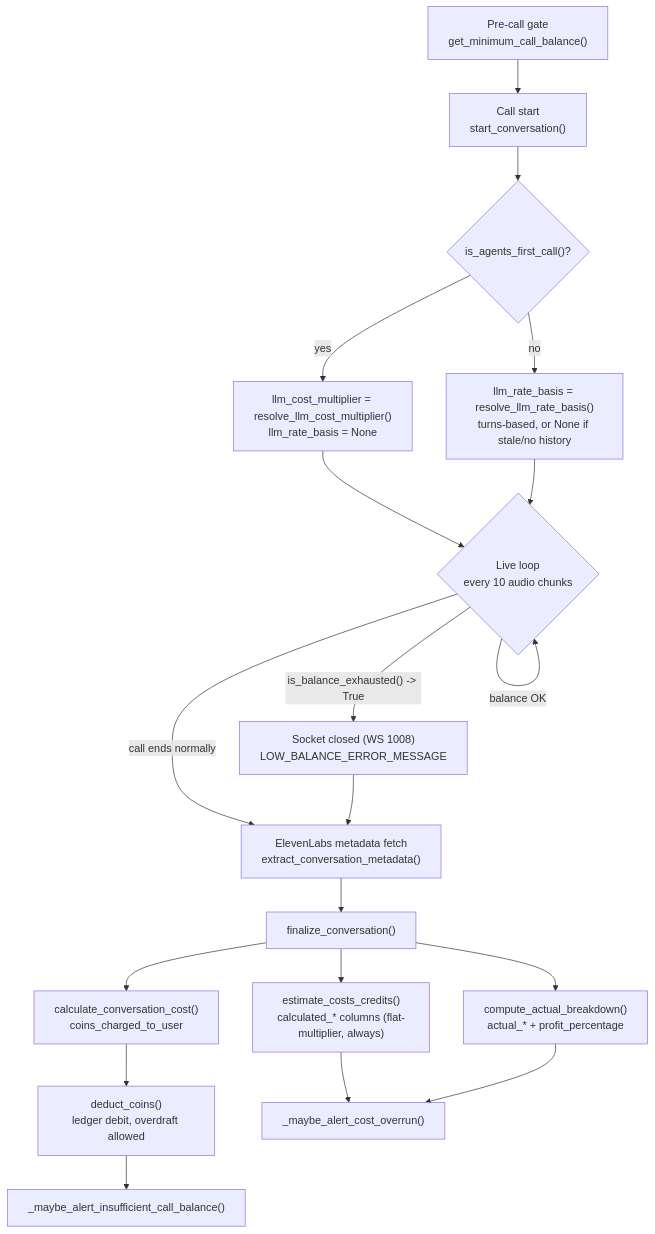
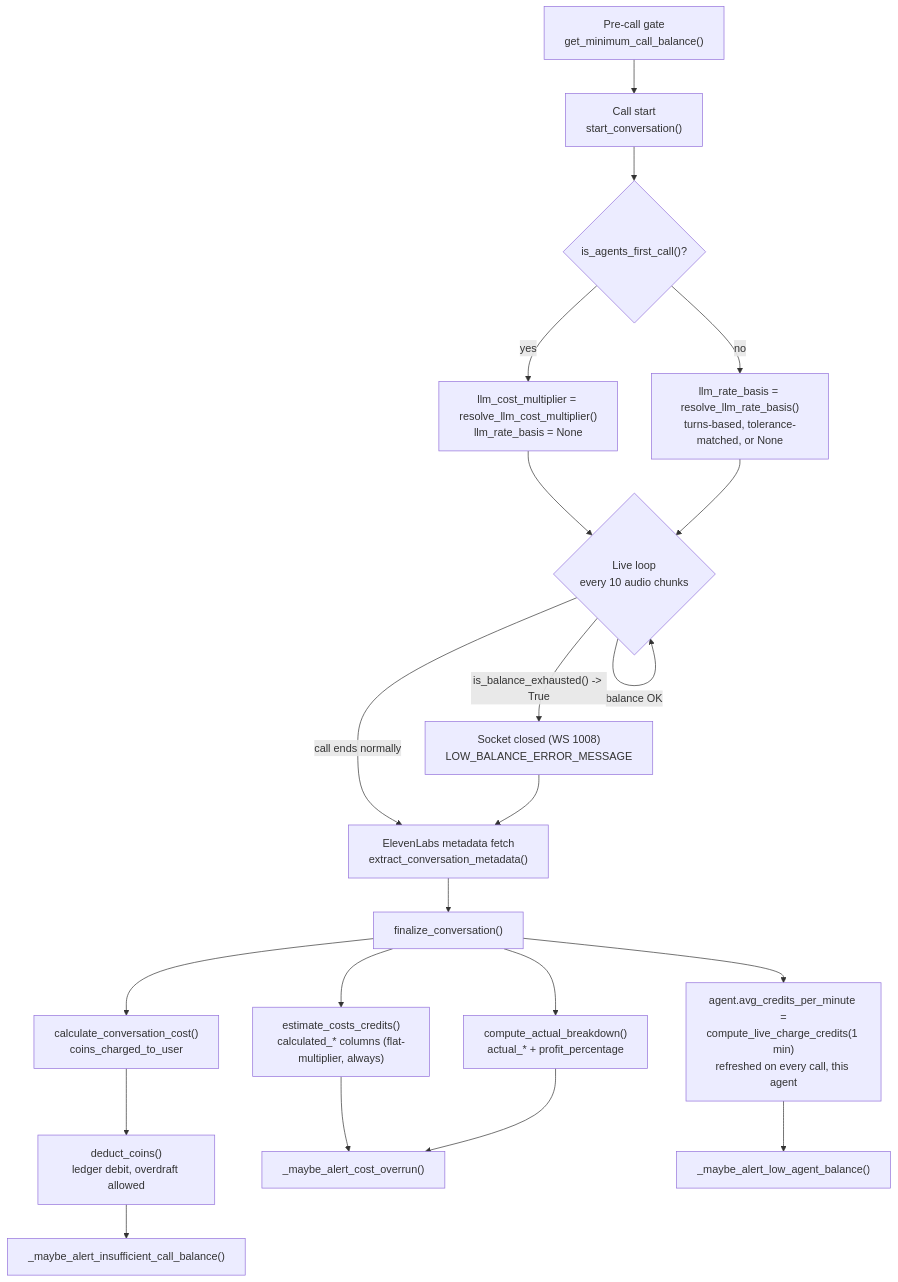
One commit to snakescriptdev/voice-ninja-server changed the diagram in docs/cost-calculation-pipeline.md. Above: the diagram before and after it, drawn with Mermaid. The commit also changed other lines of this file and 9 other files, not shown here.

````diff
--- a/docs/cost-calculation-pipeline.md
+++ b/docs/cost-calculation-pipeline.md
@@ -26,21 +26,23 @@
 ```mermaid
 flowchart TB
     A["Pre-call gate<br/>get_minimum_call_balance()"] --> B["Call start<br/>start_conversation()"]
     B --> B1{"is_agents_first_call()?"}
     B1 -->|"yes"| B2["llm_cost_multiplier = resolve_llm_cost_multiplier()<br/>llm_rate_basis = None"]
-    B1 -->|"no"| B3["llm_rate_basis = resolve_llm_rate_basis()<br/>turns-based, or None if stale/no history"]
+    B1 -->|"no"| B3["llm_rate_basis = resolve_llm_rate_basis()<br/>turns-based, tolerance-matched, or None"]
     B2 --> C{"Live loop<br/>every 10 audio chunks"}
     B3 --> C
     C -->|"balance OK"| C
     C -->|"is_balance_exhausted() -> True"| D["Socket closed (WS 1008)<br/>LOW_BALANCE_ERROR_MESSAGE"]
     C -->|"call ends normally"| E["ElevenLabs metadata fetch<br/>extract_conversation_metadata()"]
     D --> E
     E --> F["finalize_conversation()"]
     F --> G["estimate_costs_credits()<br/>calculated_* columns (flat-multiplier, always)"]
     F --> H["compute_actual_breakdown()<br/>actual_* + profit_percentage"]
     F --> I["calculate_conversation_cost()<br/>coins_charged_to_user"]
+    F --> M["agent.avg_credits_per_minute =<br/>compute_live_charge_credits(1 min)<br/>refreshed on every call, this agent"]
     I --> J["deduct_coins()<br/>ledger debit, overdraft allowed"]
     G --> K["_maybe_alert_cost_overrun()"]
     H --> K
     J --> L["_maybe_alert_insufficient_call_balance()"]
+    M --> N["_maybe_alert_low_agent_balance()"]
 ```
````
